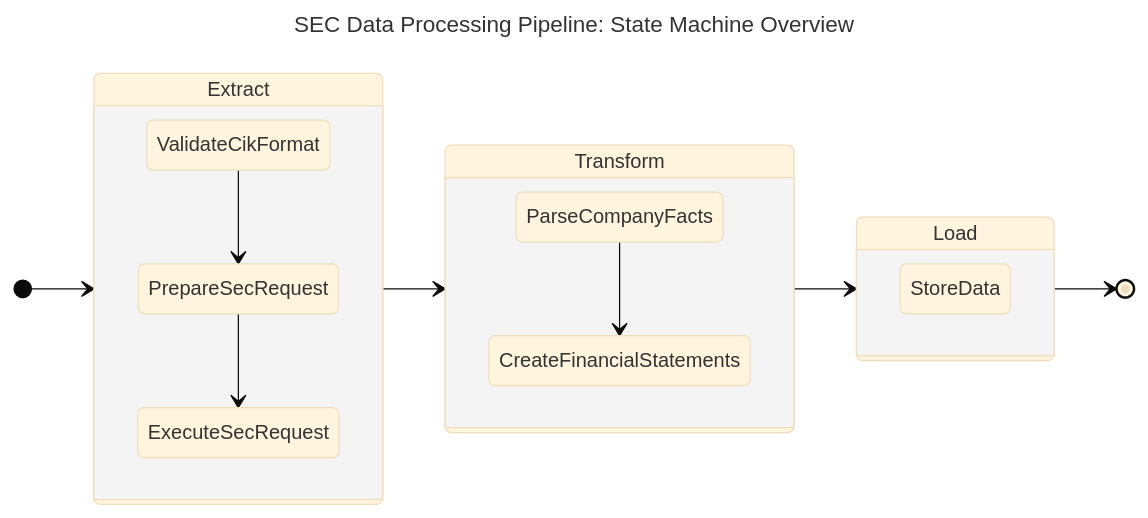
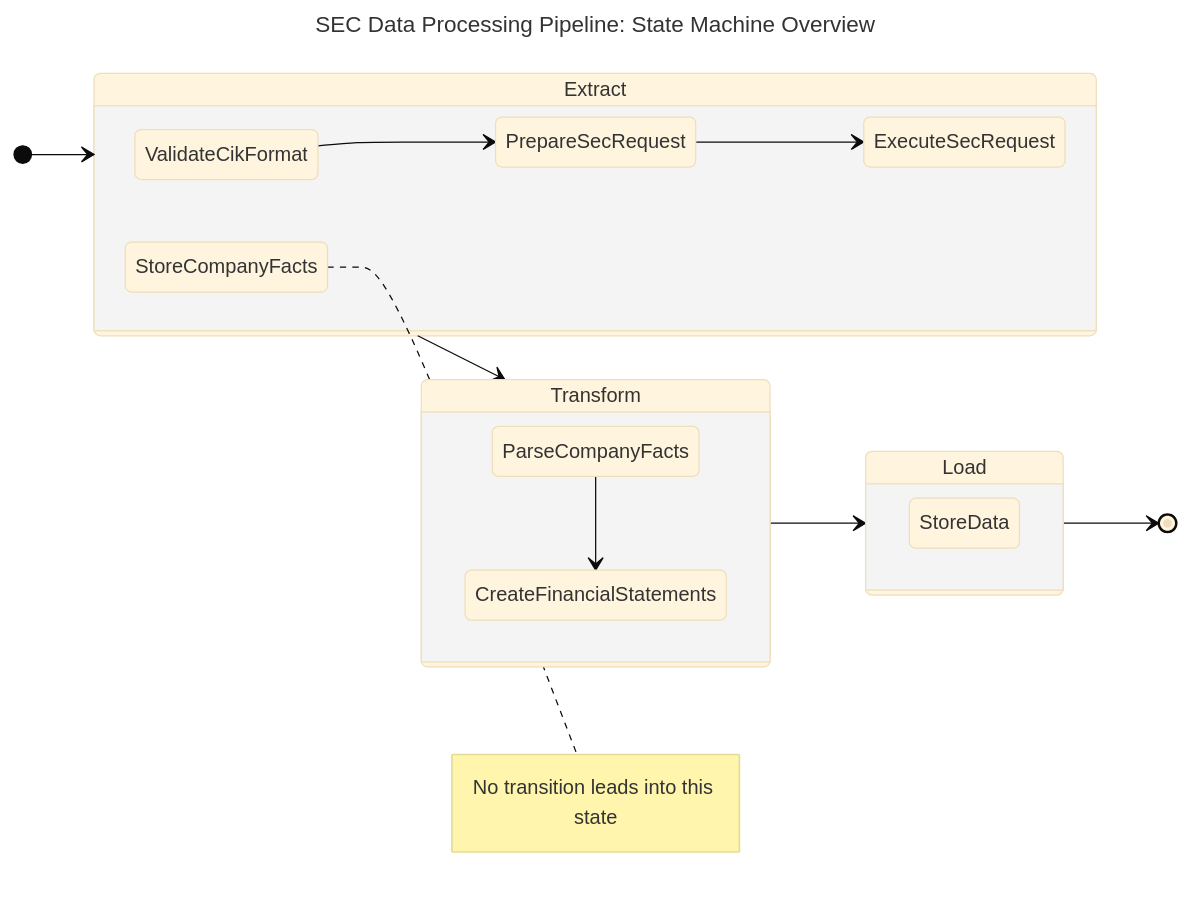
Before and after one commit to ironcapitaleu/arkad: the first of 3 diagrams in README.md, drawn with Mermaid (base theme). The commit also changed 22 other files, not shown here.

First line of the commit message:
feat(sec)!: add StoreCompanyFacts as a sub-state of Extract (#251)

````diff
--- a/README.md
+++ b/README.md
@@ -31,21 +31,23 @@
 ```mermaid
 ---
 title: "SEC Data Processing Pipeline: State Machine Overview"
 ---
 stateDiagram-v2
     direction LR
     [*] --> Extract
     state Extract {
         ValidateCikFormat --> PrepareSecRequest
         PrepareSecRequest --> ExecuteSecRequest
+        StoreCompanyFacts
+        note right of StoreCompanyFacts : No transition leads into this state
     }
     Extract --> Transform
     state Transform {
         ParseCompanyFacts --> CreateFinancialStatements
     }
     Transform --> Load
     state Load {
         StoreData
     }
     Load --> [*]
 ```
````
